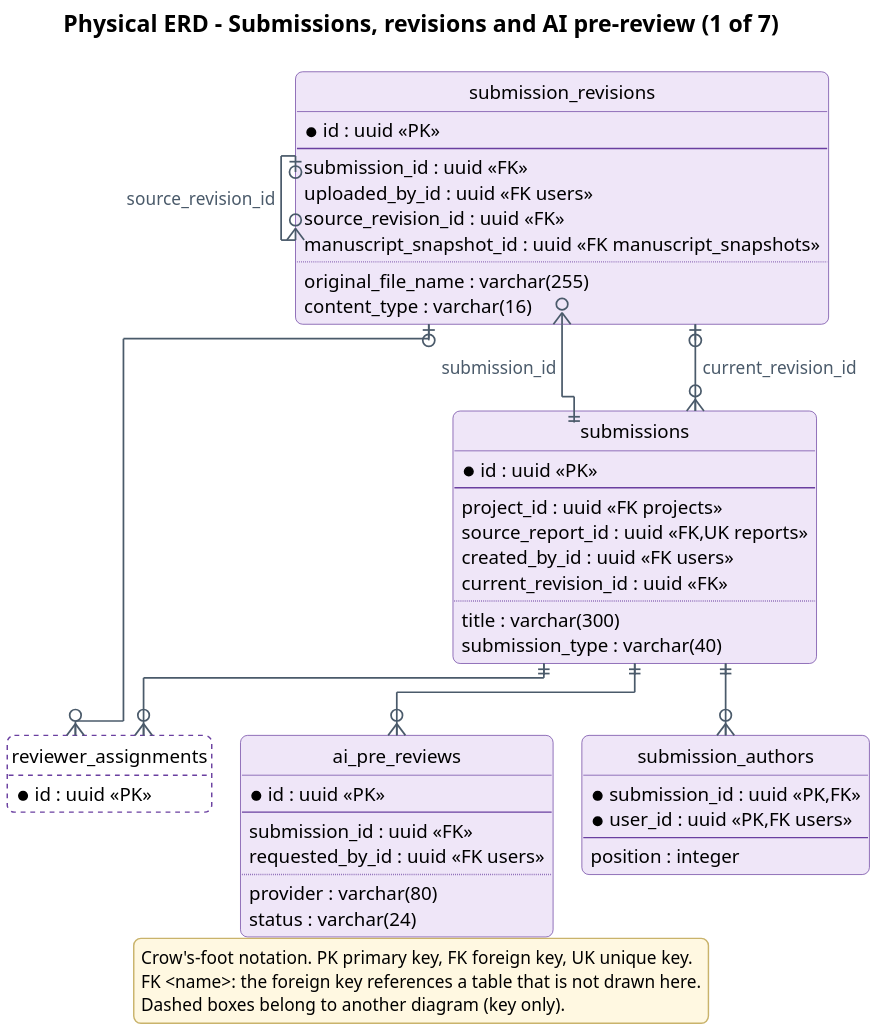
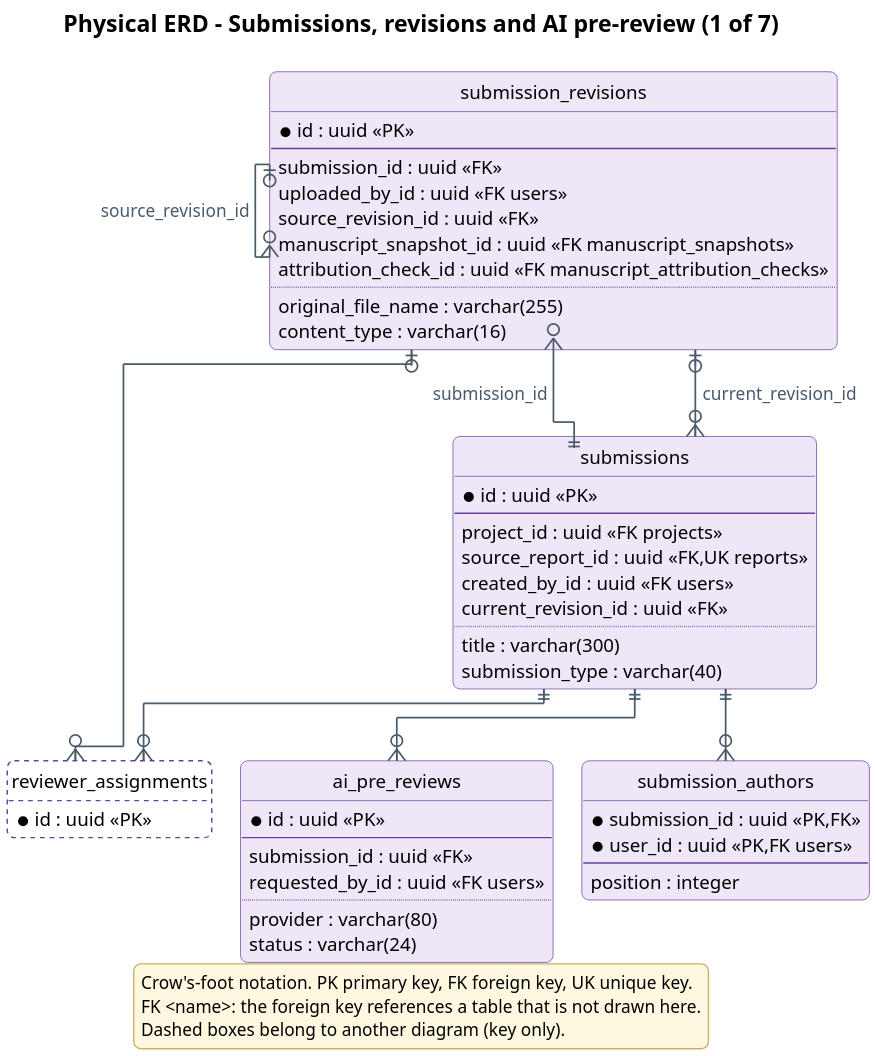
Before and after one commit to Khoa-Hoa-Technology-Solution-Company/lumi-gap: the diagram in docs/diagrams/report4/R4_ERD_review_a.puml, drawn with PlantUML. The commit also changed 48 other files, not shown here.

First line of the commit message:
docs: update diagrams to main 38bd889

```diff
--- a/docs/diagrams/report4/R4_ERD_review_a.puml
+++ b/docs/diagrams/report4/R4_ERD_review_a.puml
@@ -1,80 +1,81 @@
 @startuml
 !pragma layout elk
 skinparam dpi 200
 skinparam defaultFontName "Segoe UI"
 skinparam defaultFontSize 13
 skinparam shadowing false
 skinparam roundCorner 10
 skinparam backgroundColor #FFFFFF
 skinparam ArrowColor #4A5A6A
 skinparam ArrowThickness 1.2
 skinparam ArrowFontSize 12
 skinparam ArrowFontColor #4A5A6A
 skinparam TitleFontSize 16
 skinparam TitleFontStyle bold
 skinparam entity {
   BackgroundColor #EFE6F8
   BorderColor #6A3FA0
 }
 skinparam legend {
   BackgroundColor #FFF8E1
   BorderColor #C9B36B
   FontSize 12
 }
 skinparam stereotypeFontSize 10
 hide circle
 hide empty methods
 title Physical ERD - Submissions, revisions and AI pre-review (1 of 7)
 entity submissions #EFE6F8;line:6A3FA0 {
   * id : uuid <<PK>>
   --
   project_id : uuid <<FK projects>>
   source_report_id : uuid <<FK,UK reports>>
   created_by_id : uuid <<FK users>>
   current_revision_id : uuid <<FK>>
   ..
   title : varchar(300)
   submission_type : varchar(40)
 }
 entity submission_authors #EFE6F8;line:6A3FA0 {
   * submission_id : uuid <<PK,FK>>
   * user_id : uuid <<PK,FK users>>
   --
   position : integer
 }
 entity submission_revisions #EFE6F8;line:6A3FA0 {
   * id : uuid <<PK>>
   --
   submission_id : uuid <<FK>>
   uploaded_by_id : uuid <<FK users>>
   source_revision_id : uuid <<FK>>
   manuscript_snapshot_id : uuid <<FK manuscript_snapshots>>
+  attribution_check_id : uuid <<FK manuscript_attribution_checks>>
   ..
   original_file_name : varchar(255)
   content_type : varchar(16)
 }
 entity ai_pre_reviews #EFE6F8;line:6A3FA0 {
   * id : uuid <<PK>>
   --
   submission_id : uuid <<FK>>
   requested_by_id : uuid <<FK users>>
   ..
   provider : varchar(80)
   status : varchar(24)
 }
 entity reviewer_assignments #FFFFFF;line:6A3FA0;line.dashed {
   * id : uuid <<PK>>
 }
 submission_revisions |o--o{ reviewer_assignments
 submission_revisions |o--o{ submission_revisions : source_revision_id
 submission_revisions |o--o{ submissions : current_revision_id
 submissions ||--o{ ai_pre_reviews
 submissions ||--o{ reviewer_assignments
 submissions ||--o{ submission_authors
 submissions ||--o{ submission_revisions : submission_id
 legend bottom
 Crow's-foot notation. PK primary key, FK foreign key, UK unique key.
 FK <name>: the foreign key references a table that is not drawn here.
 Dashed boxes belong to another diagram (key only).
 endlegend
 @enduml
```
